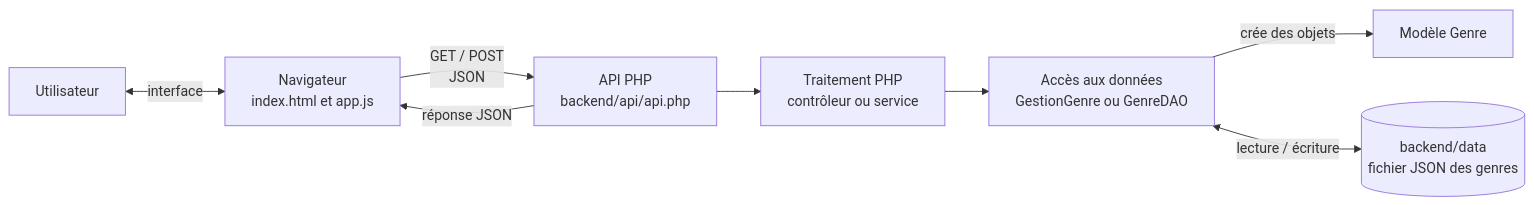
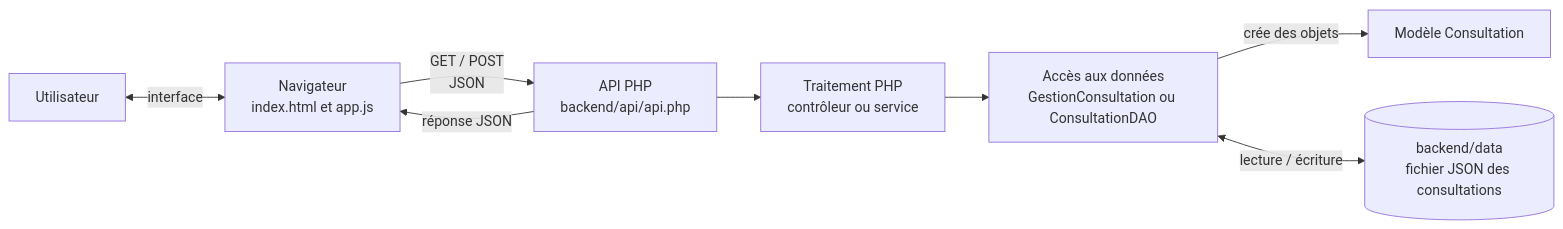
Before and after one commit to Oussama-Ech-charef/projet_file_rougee: the third of 3 diagrams in Rapport/Architecture logicielle/architecture_du_system.md, drawn with Mermaid. The commit also changed other lines of this file and 1 other file, not shown here.

````diff
--- a/Rapport/Architecture logicielle/architecture_du_system.md
+++ b/Rapport/Architecture logicielle/architecture_du_system.md
@@ -51,10 +51,10 @@
 ```mermaid
 flowchart LR
     U[Utilisateur] <-->|interface| UI[Navigateur<br/>index.html et app.js]
     UI -->|GET / POST<br/>JSON| API[API PHP<br/>backend/api/api.php]
     API --> T[Traitement PHP<br/>contrôleur ou service]
-    T --> A[Accès aux données<br/>GestionGenre ou GenreDAO]
-    A -->|crée des objets| G[Modèle Genre]
-    A <-->|lecture / écriture| D[(backend/data<br/>fichier JSON des genres)]
+    T --> A[Accès aux données<br/>GestionConsultation ou ConsultationDAO]
+    A -->|crée des objets| G[Modèle Consultation]
+    A <-->|lecture / écriture| D[(backend/data<br/>fichier JSON des consultations)]
     API -->|réponse JSON| UI
 ```
````
